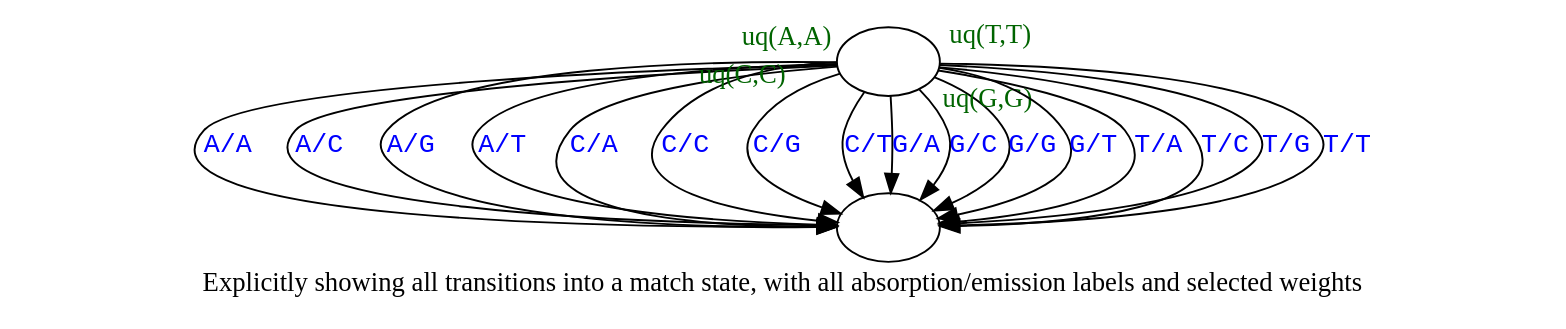
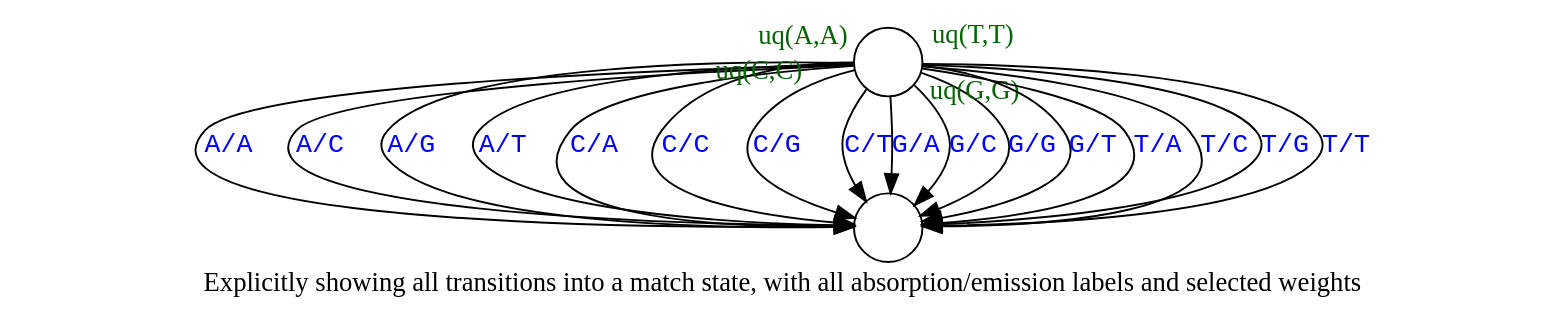
The diagram in fanned-match.dot (ihh/transducer-tutorial), drawn with Graphviz before and after one commit. The commit also changed 7 other files, not shown here.

```diff
--- a/fanned-match.dot
+++ b/fanned-match.dot
@@ -1,28 +1,28 @@
 digraph G {
 
-    W [label="", ordering="out"];
+    W [label="", shape=circle, ordering="out"];
 
-    M [label=""];
+    M [label="", shape=circle];
 
 W->M [label="A/A" taillabel="uq(A,A)" labelangle=330 labeldistance=3 fontcolor="blue" labelfontcolor="black" fontname="Courier" labelfontname="Times" labelfontcolor="darkgreen"];
 W->M [label="A/C" fontcolor="blue" fontname="Courier"];
 W->M [label="A/G" fontcolor="blue" fontname="Courier"];
 W->M [label="A/T" fontcolor="blue" fontname="Courier"];
 
 W->M [label="C/A" fontcolor="blue" fontname="Courier"];
 W->M [label="C/C" taillabel="uq(C,C)" labelangle=5 labeldistance=5 fontcolor="blue" labelfontcolor="black" fontname="Courier" labelfontname="Times" labelfontcolor="darkgreen"];
 W->M [label="C/G" fontcolor="blue" fontname="Courier"];
 W->M [label="C/T" fontcolor="blue" fontname="Courier"];
 
 W->M [label="G/A" fontcolor="blue" fontname="Courier"];
 W->M [label="G/C" fontcolor="blue" fontname="Courier"];
 W->M [label="G/G" taillabel="uq(G,G)" labelangle=0 labeldistance=3 fontcolor="blue" labelfontcolor="black" fontname="Courier" labelfontname="Times" labelfontcolor="darkgreen"];
 W->M [label="G/T" fontcolor="blue" fontname="Courier"];
 
 W->M [label="T/A" fontcolor="blue" fontname="Courier"];
 W->M [label="T/C" fontcolor="blue" fontname="Courier"];
 W->M [label="T/G" fontcolor="blue" fontname="Courier"];
 W->M [label="T/T" taillabel="uq(T,T)" labelangle=30 labeldistance=3 fontcolor="blue" labelfontcolor="black" fontname="Courier" labelfontname="Times" labelfontcolor="darkgreen"];
 
     label="Explicitly showing all transitions into a match state, with all absorption/emission labels and selected weights";
 }
```
